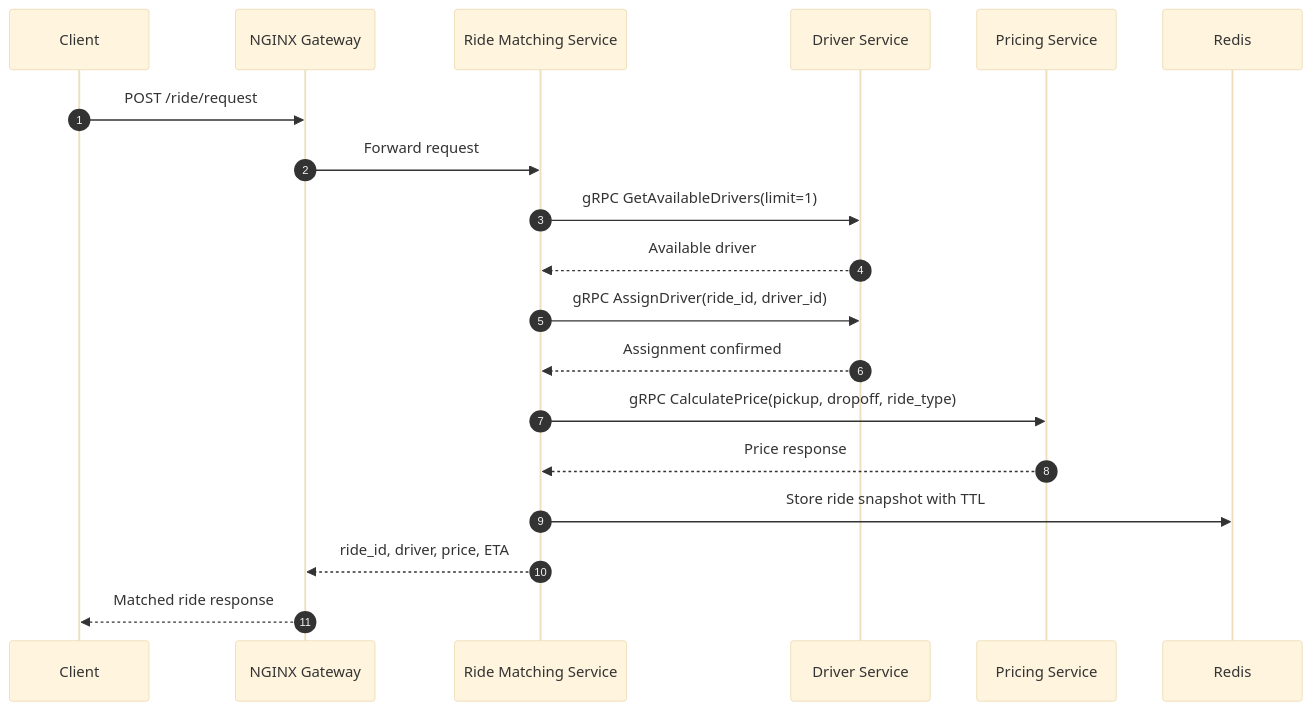
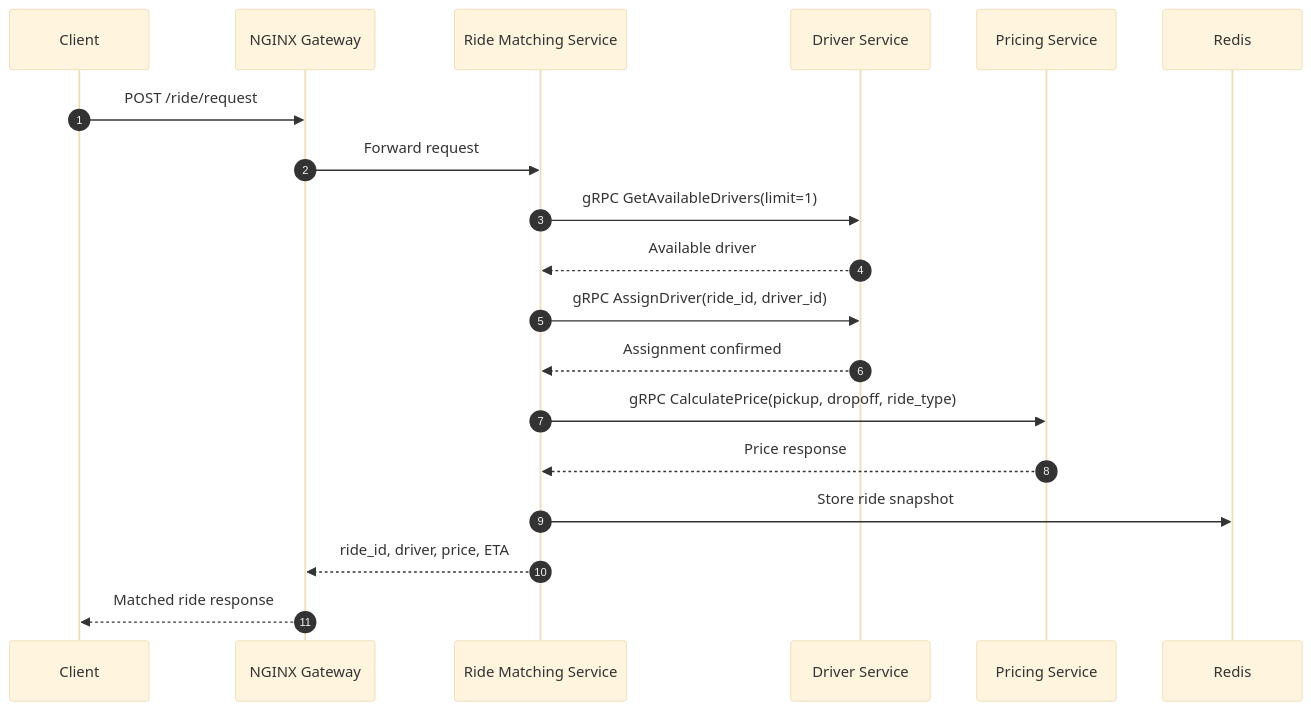
Before and after one commit to aaditya2210/ride-booking-modified: the second of 3 diagrams in README.md, drawn with Mermaid (base theme). The commit also changed other lines of this file, not shown here.

Commit message:
Refactor README to enhance clarity and detail of the ride-booking platform's architecture and services

````diff
--- a/README.md
+++ b/README.md
@@ -131,22 +126,22 @@
 ```mermaid
 sequenceDiagram
     autonumber
     participant C as Client
     participant G as NGINX Gateway
     participant R as Ride Matching Service
     participant D as Driver Service
     participant P as Pricing Service
     participant RR as Redis
 
     C->>G: POST /ride/request
     G->>R: Forward request
     R->>D: gRPC GetAvailableDrivers(limit=1)
     D-->>R: Available driver
     R->>D: gRPC AssignDriver(ride_id, driver_id)
     D-->>R: Assignment confirmed
     R->>P: gRPC CalculatePrice(pickup, dropoff, ride_type)
     P-->>R: Price response
-    R->>RR: Store ride snapshot with TTL
+    R->>RR: Store ride snapshot
     R-->>G: ride_id, driver, price, ETA
     G-->>C: Matched ride response
 ```
````
